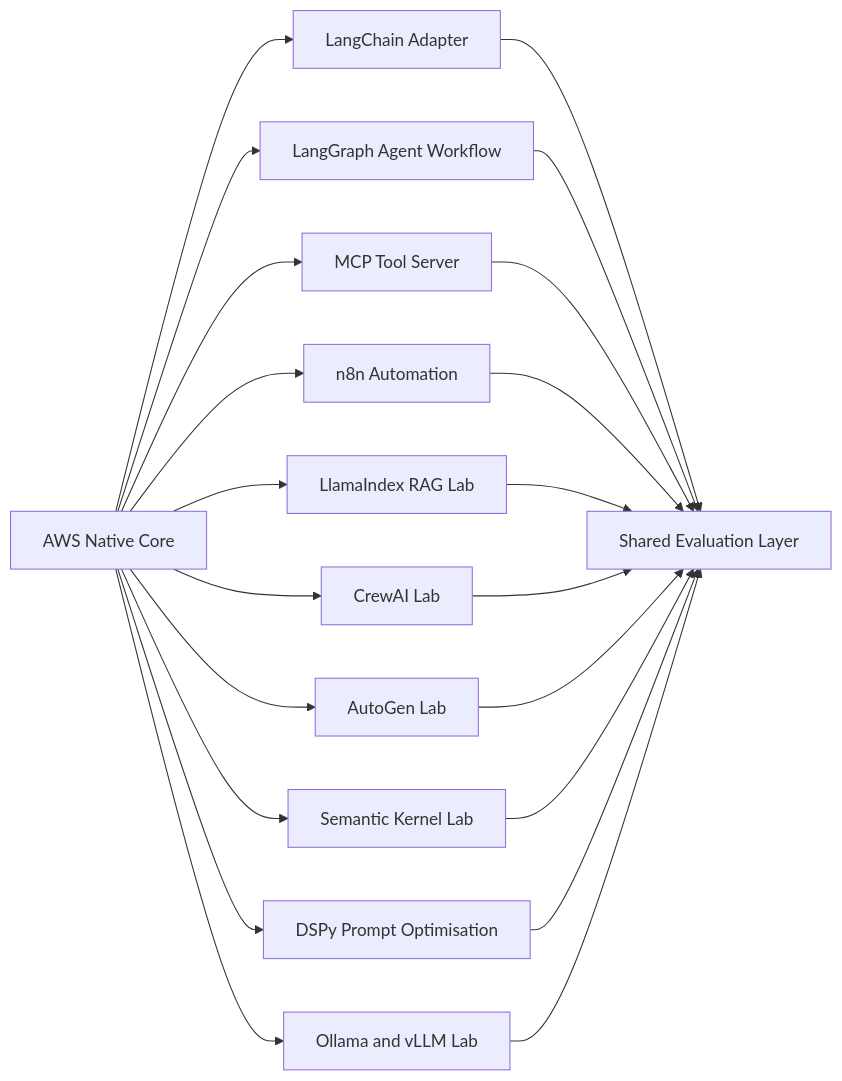
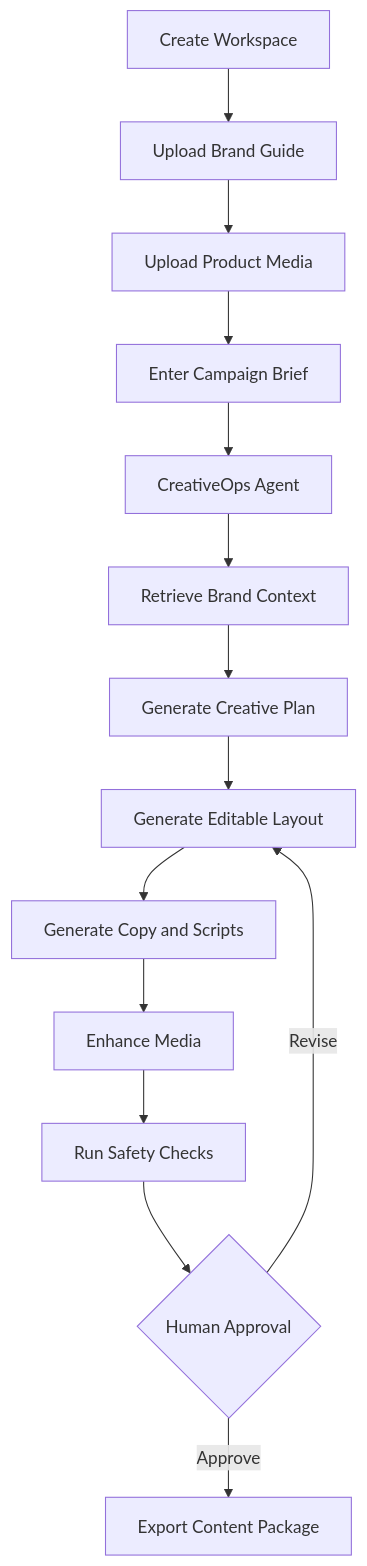
One commit to SwapnilMundhekar/WebCut.ai-CreativeOps-Agent-Platform changed the second of 8 diagrams in README.md. Above: the diagram before and after it, drawn with Mermaid. The commit also changed other lines of this file, not shown here.

First line of the commit message:
Revise README for clarity and content updates

````diff
--- a/README.md
+++ b/README.md
@@ -303,24 +129,16 @@
 ```mermaid
-flowchart LR
-    CORE[AWS Native Core] --> LC[LangChain Adapter]
-    CORE --> LG[LangGraph Agent Workflow]
-    CORE --> MCP[MCP Tool Server]
-    CORE --> N8N[n8n Automation]
-    CORE --> LI[LlamaIndex RAG Lab]
-    CORE --> CREW[CrewAI Lab]
-    CORE --> AUTOGEN[AutoGen Lab]
-    CORE --> SK[Semantic Kernel Lab]
-    CORE --> DSPY[DSPy Prompt Optimisation]
-    CORE --> LOCAL[Ollama and vLLM Lab]
-
-    LC --> EVAL[Shared Evaluation Layer]
-    LG --> EVAL
-    MCP --> EVAL
-    N8N --> EVAL
-    LI --> EVAL
-    CREW --> EVAL
-    AUTOGEN --> EVAL
-    SK --> EVAL
-    DSPY --> EVAL
-    LOCAL --> EVAL
+flowchart TD
+    A[Create Workspace] --> B[Upload Brand Guide]
+    B --> C[Upload Product Media]
+    C --> D[Enter Campaign Brief]
+    D --> E[CreativeOps Agent]
+    E --> F[Retrieve Brand Context]
+    F --> G[Generate Creative Plan]
+    G --> H[Generate Editable Layout]
+    H --> I[Generate Copy and Scripts]
+    I --> J[Enhance Media]
+    J --> K[Run Safety Checks]
+    K --> L{Human Approval}
+    L -->|Revise| H
+    L -->|Approve| M[Export Content Package]
 ```
````
